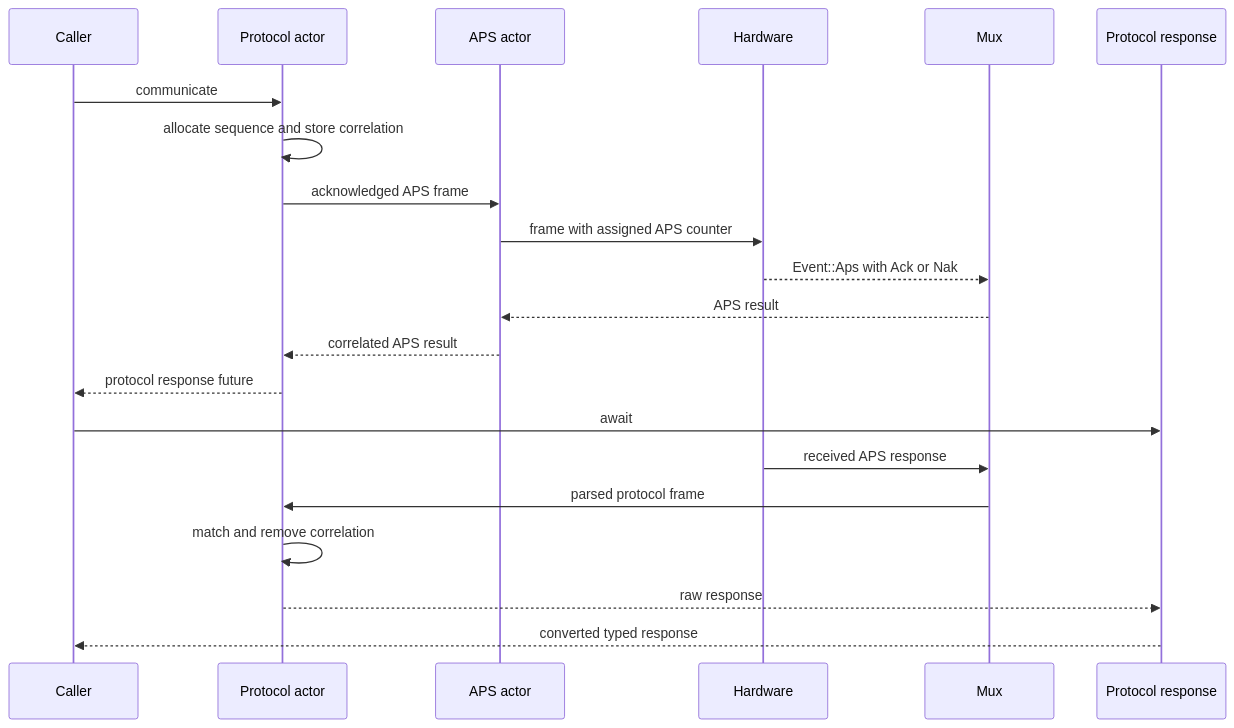
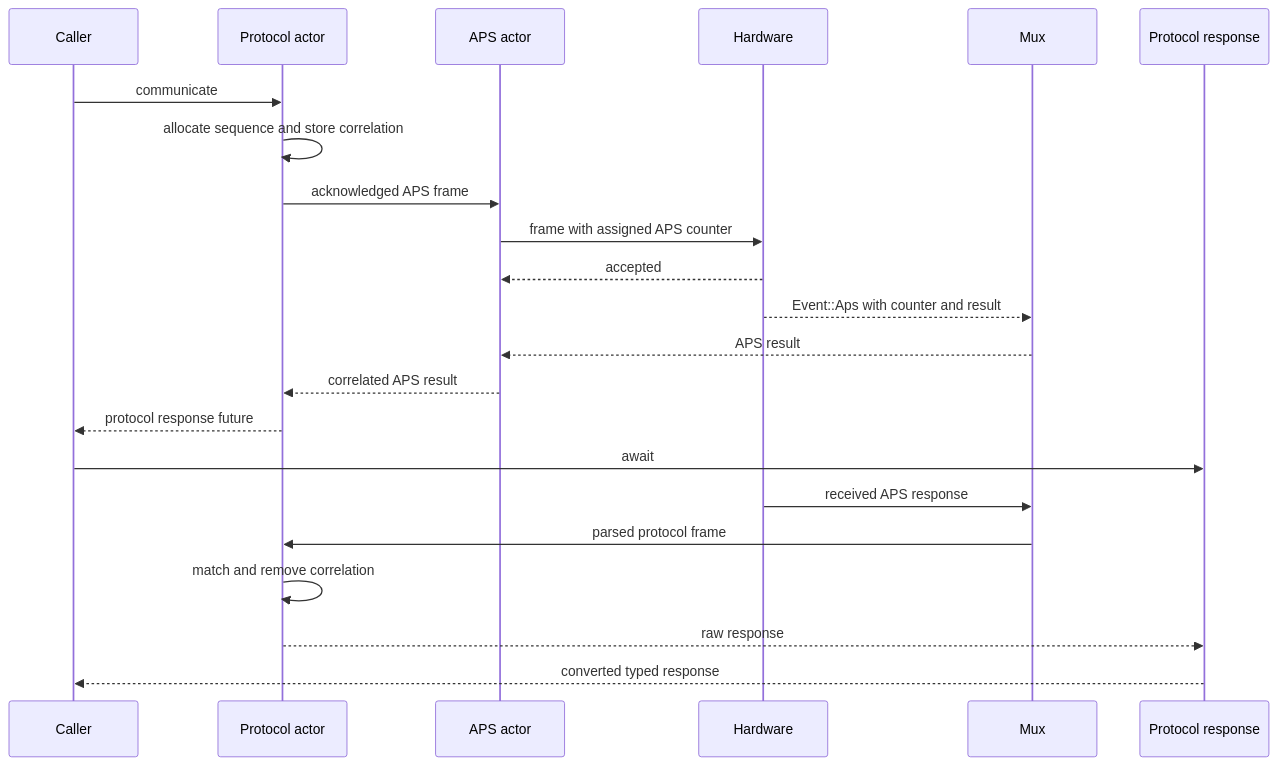
One commit to PaulmannLighting/apis-saltans changed the third of 4 diagrams in coordinator/ARCHITECTURE.md. Above: the diagram before and after it, drawn with Mermaid. The commit also changed other lines of this file and 31 other files, not shown here.

````diff
--- a/coordinator/ARCHITECTURE.md
+++ b/coordinator/ARCHITECTURE.md
@@ -126,24 +133,25 @@
 ```mermaid
 sequenceDiagram
     participant API as Caller
     participant P as Protocol actor
     participant A as APS actor
     participant H as Hardware
     participant M as Mux
     participant R as Protocol response
 
     API->>P: communicate
     P->>P: allocate sequence and store correlation
     P->>A: acknowledged APS frame
     A->>H: frame with assigned APS counter
-    H-->>M: Event::Aps with Ack or Nak
+    H-->>A: accepted
+    H-->>M: Event::Aps with counter and result
     M-->>A: APS result
     A-->>P: correlated APS result
     P-->>API: protocol response future
     API->>R: await
     H->>M: received APS response
     M->>P: parsed protocol frame
     P->>P: match and remove correlation
     P-->>R: raw response
     R-->>API: converted typed response
 ```
````
